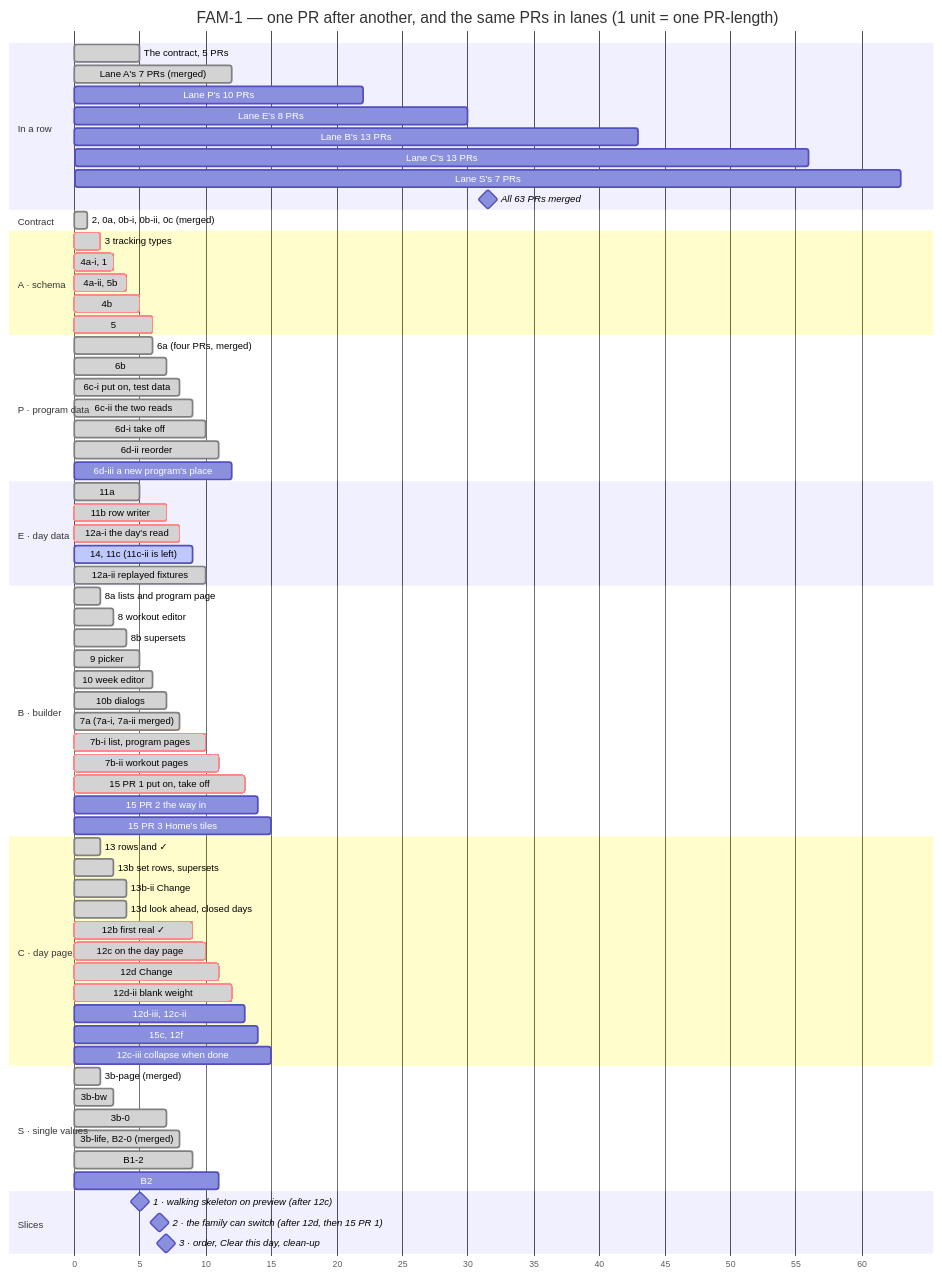
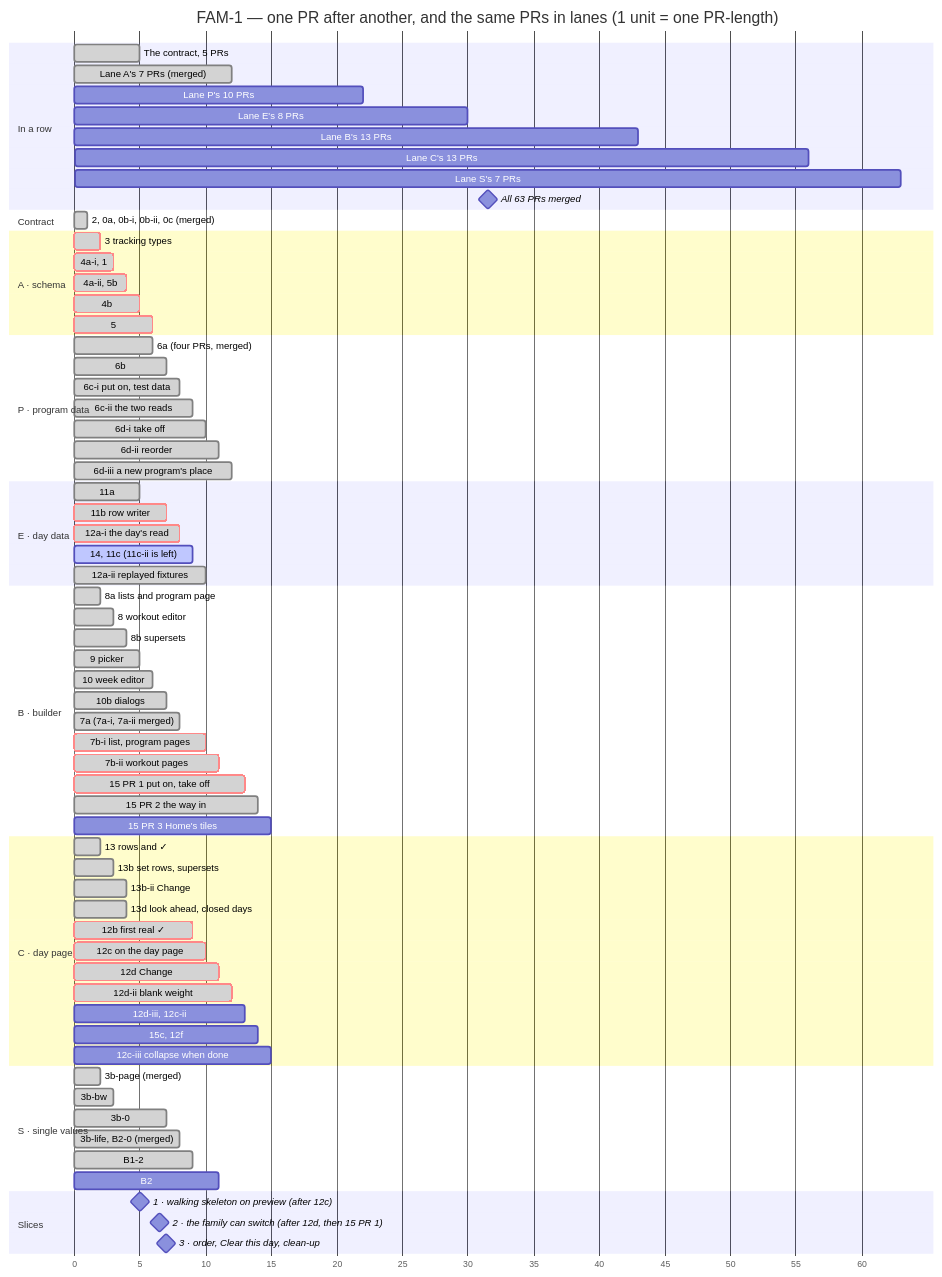
The second of 2 diagrams in docs/milestones/fam-1-family-program.md (ralamode/mat-plan), drawn with Mermaid before and after one commit. The commit also changed other lines of this file and 5 other files, not shown here.

```diff
--- a/docs/milestones/fam-1-family-program.md
+++ b/docs/milestones/fam-1-family-program.md
@@ -291,7 +291,7 @@
   6c-ii the two reads          :done, p3b, 8, 9
   6d-i take off                :done, p4, 9, 10
   6d-ii reorder                :done, p5, 10, 11
-  6d-iii a new program's place :p6, 11, 12
+  6d-iii a new program's place :done, p6, 11, 12
 
   section E · day data
   11a                          :done, e1, 4, 5
@@ -311,7 +311,7 @@
   7b-i list, program pages     :crit, done, b8, 9, 10
   7b-ii workout pages          :crit, done, b8b, 10, 11
   15 PR 1 put on, take off     :crit, done, b9, 12, 13
-  15 PR 2 the way in           :b9b, 13, 14
+  15 PR 2 the way in           :done, b9b, 13, 14
   15 PR 3 Home's tiles         :b9c, 14, 15
 
   section C · day page
```
